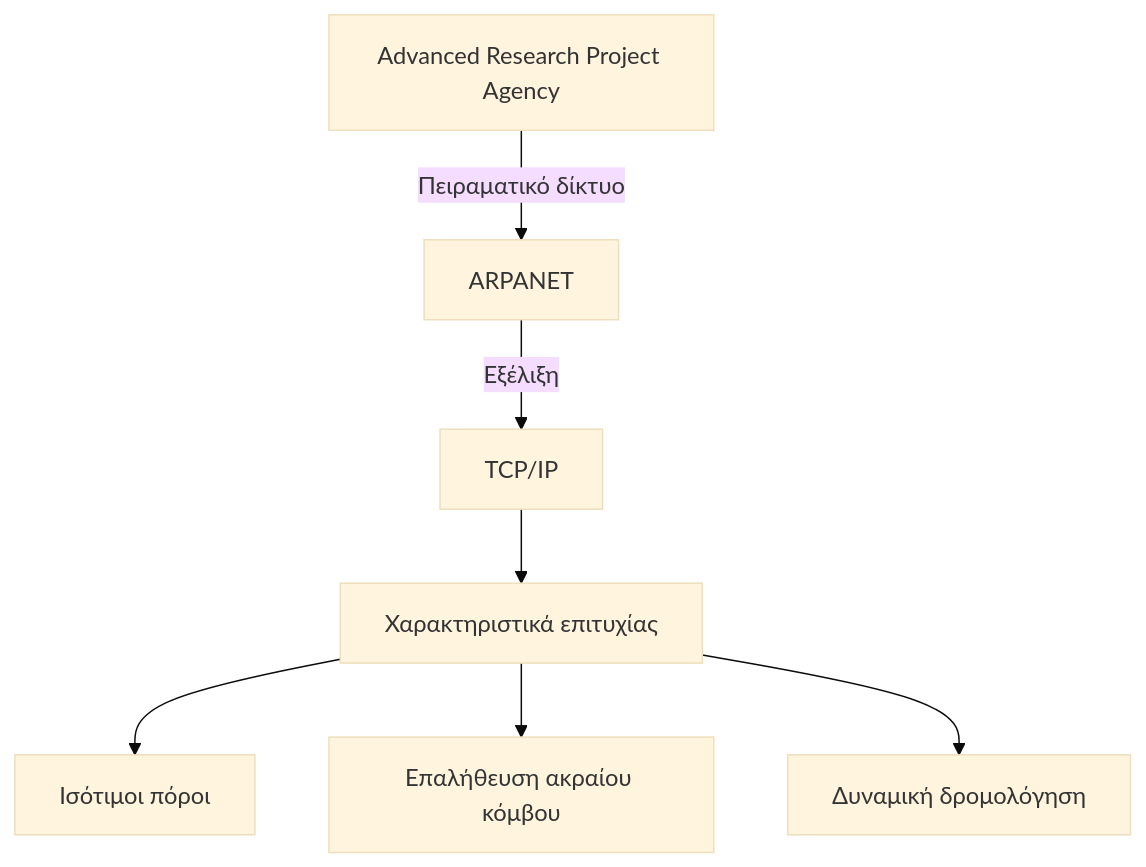
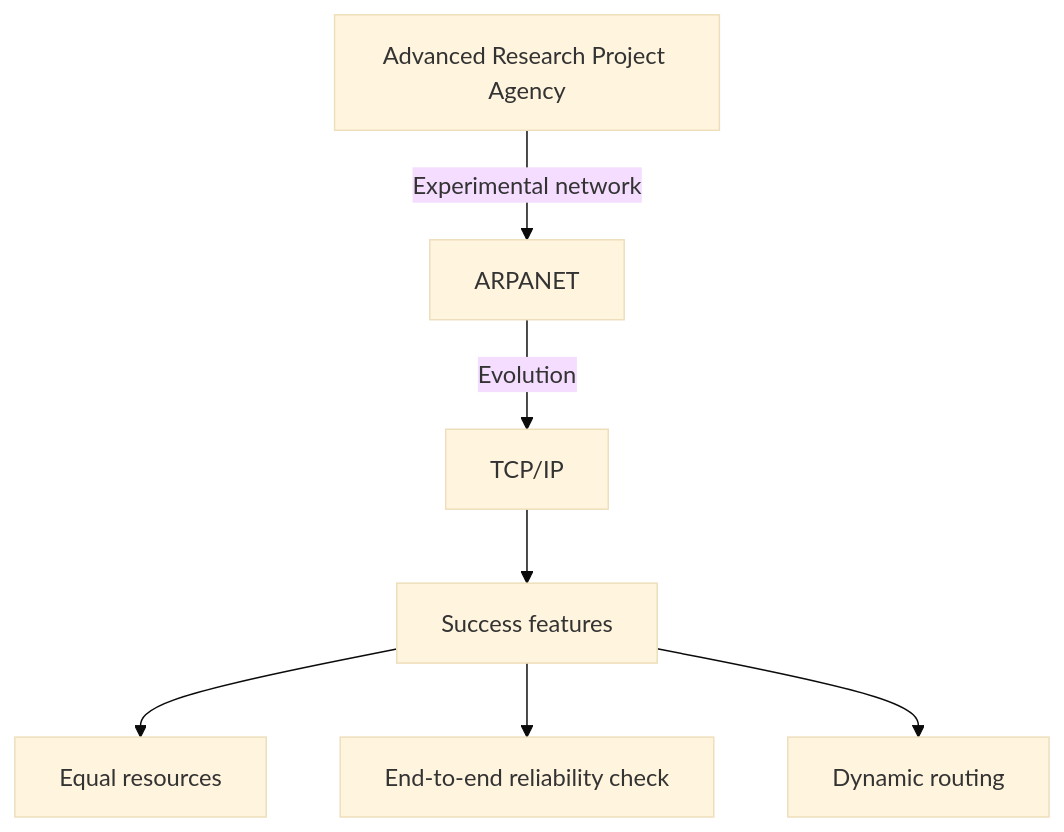
One commit to PanagopoulosNikolaos/DitOpenNotes changed the first of 3 diagrams in Year_1/Semester_2/NETWORKING/Resources/Notes/1. Basic Elements of Computer Communication.md. Above: the diagram before and after it, drawn with Mermaid (base theme). The commit also changed other lines of this file and 61 other files, not shown here.

````diff
--- a/Year_1/Semester_2/NETWORKING/Resources/Notes/1. Basic Elements of Computer Communication.md
+++ b/Year_1/Semester_2/NETWORKING/Resources/Notes/1. Basic Elements of Computer Communication.md
@@ -35,9 +35,9 @@
 ```Mermaid
 graph TD
-    A[Advanced Research Project Agency] -->|Πειραματικό δίκτυο| B[ARPANET]
-    B -->|Εξέλιξη| C[TCP/IP]
-    C --> D[Χαρακτηριστικά επιτυχίας]
-    D --> E[Ισότιμοι πόροι]
-    D --> F[Επαλήθευση ακραίου κόμβου]
-    D --> G[Δυναμική δρομολόγηση]
+    A[Advanced Research Project Agency] -->|Experimental network| B[ARPANET]
+    B -->|Evolution| C[TCP/IP]
+    C --> D[Success features]
+    D --> E[Equal resources]
+    D --> F[End-to-end reliability check]
+    D --> G[Dynamic routing]
 ```
````
